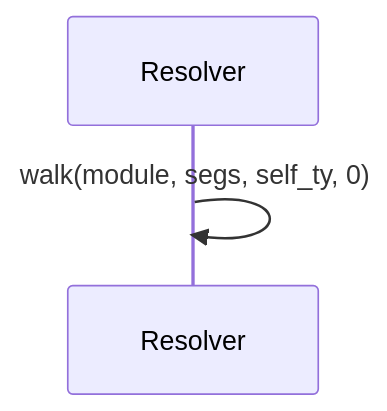
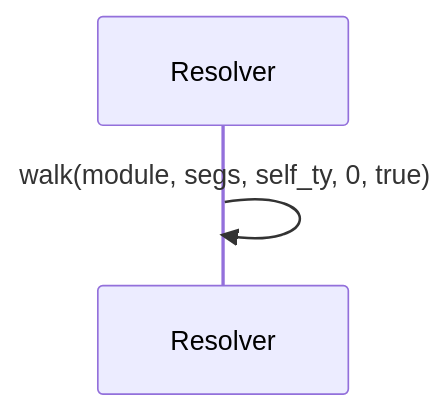
One commit to DreamLab-AI/codemaid changed the sixth of 18 diagrams in docs/codemaid/crates/codemaid-rust/src/resolve.rs.md. Above: the diagram before and after it, drawn with Mermaid. The commit also changed other lines of this file and 29 other files, not shown here.

````diff
--- a/docs/codemaid/crates/codemaid-rust/src/resolve.rs.md
+++ b/docs/codemaid/crates/codemaid-rust/src/resolve.rs.md
@@ -315,5 +323,5 @@
 ```mermaid
 sequenceDiagram
   participant codemaid_rust__resolve__Resolver as Resolver
-  codemaid_rust__resolve__Resolver->>codemaid_rust__resolve__Resolver: walk(module, segs, self_ty, 0)
+  codemaid_rust__resolve__Resolver->>codemaid_rust__resolve__Resolver: walk(module, segs, self_ty, 0, true)
 ```
````
